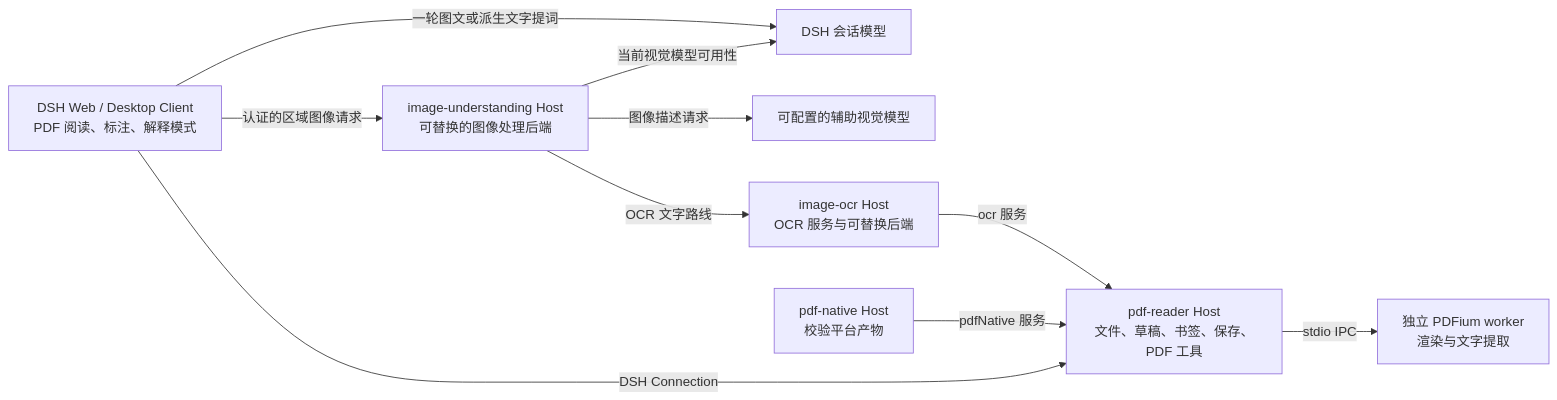
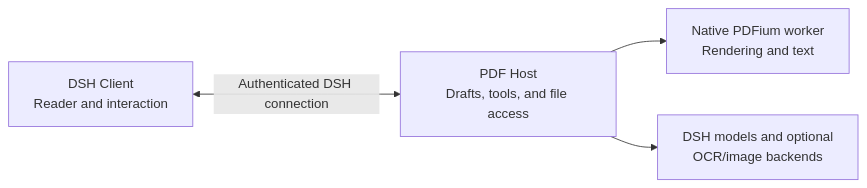
One commit to dingyiliao/dsh-bundle-pdf changed the diagram in README.md. Above: the diagram before and after it, drawn with Mermaid. The commit also changed other lines of this file and 2 other files, not shown here.

Commit message:
docs: refresh bilingual PDF bundle README

````diff
--- a/README.md
+++ b/README.md
@@ -56,12 +51,6 @@
 ```mermaid
 flowchart LR
-  C["DSH Web / Desktop Client<br/>PDF 阅读、标注、解释模式"] -->|DSH Connection| H["pdf-reader Host<br/>文件、草稿、书签、保存、PDF 工具"]
-  C -->|认证的区域图像请求| I["image-understanding Host<br/>可替换的图像处理后端"]
-  I -->|当前视觉模型可用性| M["DSH 会话模型"]
-  I -->|图像描述请求| A["可配置的辅助视觉模型"]
-  I -->|OCR 文字路线| O
-  C -->|一轮图文或派生文字提词| M
-  N["pdf-native Host<br/>校验平台产物"] -->|pdfNative 服务| H
-  O["image-ocr Host<br/>OCR 服务与可替换后端"] -->|ocr 服务| H
-  H -->|stdio IPC| W["独立 PDFium worker<br/>渲染与文字提取"]
+  C["DSH Client<br/>Reader and interaction"] <-->|Authenticated DSH connection| H["PDF Host<br/>Drafts, tools, and file access"]
+  H --> N["Native PDFium worker<br/>Rendering and text"]
+  H --> M["DSH models and optional<br/>OCR/image backends"]
 ```
````
